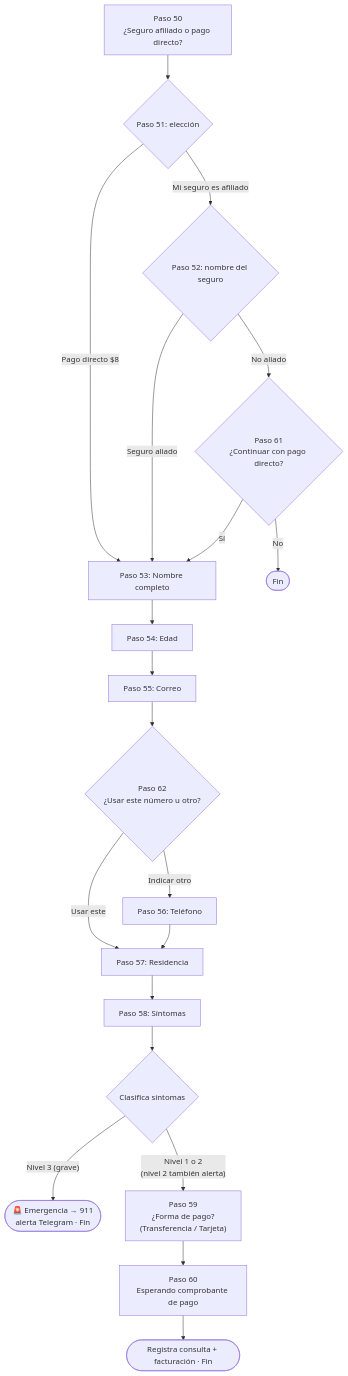
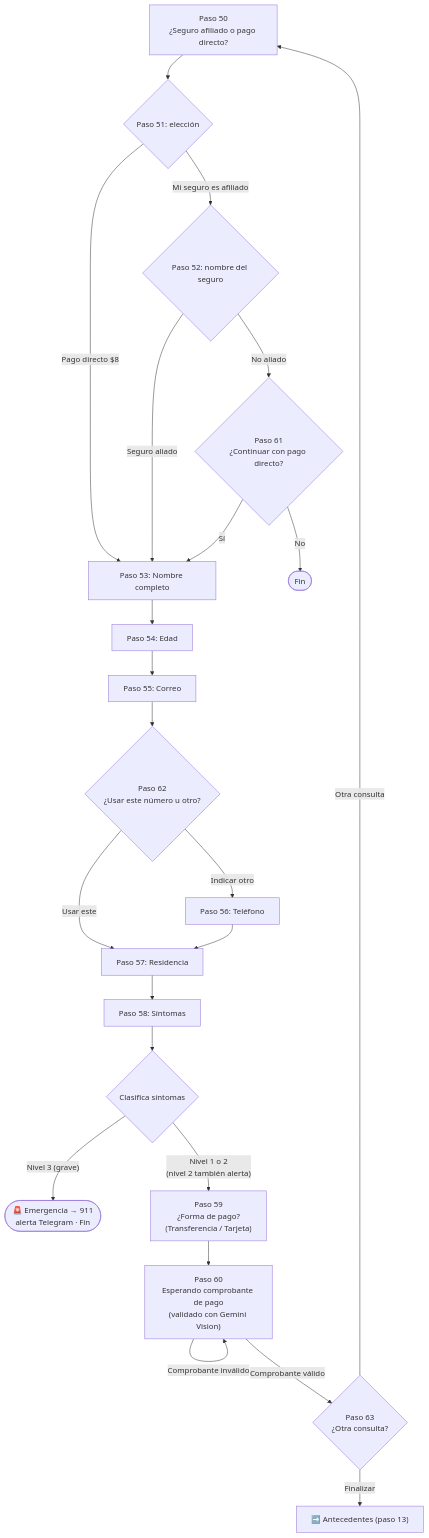
The third of 10 diagrams in docs/flujos-bot.md (teledox/teledox), drawn with Mermaid before and after one commit. The commit also changed other lines of this file and 9 other files, not shown here.

````diff
--- a/docs/flujos-bot.md
+++ b/docs/flujos-bot.md
@@ -112,23 +120,26 @@
 ```mermaid
 flowchart TD
   P50["Paso 50\n¿Seguro afiliado o pago directo?"] --> P51{"Paso 51: elección"}
   P51 -->|"Mi seguro es afiliado"| P52{"Paso 52: nombre del seguro"}
   P51 -->|"Pago directo $8"| P53["Paso 53: Nombre completo"]
 
   P52 -->|"Seguro aliado"| P53
   P52 -->|"No aliado"| P61{"Paso 61\n¿Continuar con pago directo?"}
   P61 -->|"Sí"| P53
   P61 -->|"No"| FINB([Fin])
 
   P53 --> P54["Paso 54: Edad"] --> P55["Paso 55: Correo"]
   P55 --> P62{"Paso 62\n¿Usar este número u otro?"}
   P62 -->|"Usar este"| P57["Paso 57: Residencia"]
   P62 -->|"Indicar otro"| P56["Paso 56: Teléfono"] --> P57
   P57 --> P58["Paso 58: Síntomas"]
 
   P58 --> NIVb{"Clasifica síntomas"}
   NIVb -->|"Nivel 3 (grave)"| EMERb([🚨 Emergencia → 911\nalerta Telegram · Fin])
   NIVb -->|"Nivel 1 o 2\n(nivel 2 también alerta)"| P59["Paso 59\n¿Forma de pago?\n(Transferencia / Tarjeta)"]
-  P59 --> P60["Paso 60\nEsperando comprobante de pago"]
-  P60 --> FINB2([Registra consulta + facturación · Fin])
+  P59 --> P60["Paso 60\nEsperando comprobante de pago\n(validado con Gemini Vision)"]
+  P60 -->|"Comprobante inválido"| P60
+  P60 -->|"Comprobante válido"| P63{"Paso 63\n¿Otra consulta?"}
+  P63 -->|"Otra consulta"| P50
+  P63 -->|"Finalizar"| ANTb["➡️ Antecedentes (paso 13)"]
 ```
````
